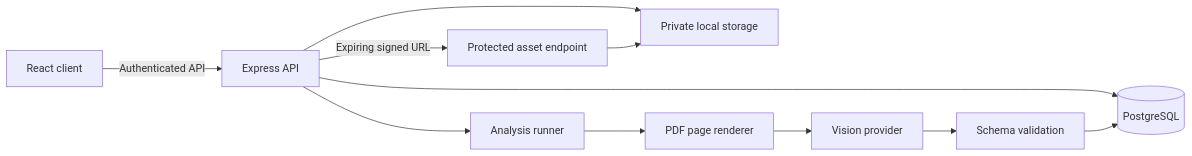
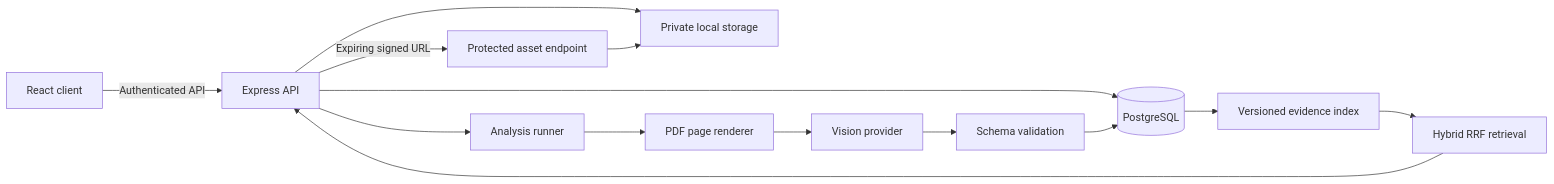
Before and after one commit to adityaapraveen/Planly: the diagram in README.md, drawn with Mermaid. The commit also changed other lines of this file and 24 other files, not shown here.

````diff
--- a/README.md
+++ b/README.md
@@ -62,13 +65,16 @@
 ```mermaid
 flowchart LR
     UI[React client] -->|Authenticated API| API[Express API]
     API --> DB[(PostgreSQL)]
     API --> STORAGE[Private local storage]
     API --> RUNS[Analysis runner]
     RUNS --> RENDER[PDF page renderer]
     RENDER --> AI[Vision provider]
     AI --> VALIDATE[Schema validation]
     VALIDATE --> DB
+    DB --> INDEX[Versioned evidence index]
+    INDEX --> RETRIEVE[Hybrid RRF retrieval]
+    RETRIEVE --> API
     API -->|Expiring signed URL| ASSET[Protected asset endpoint]
     ASSET --> STORAGE
 ```
````
